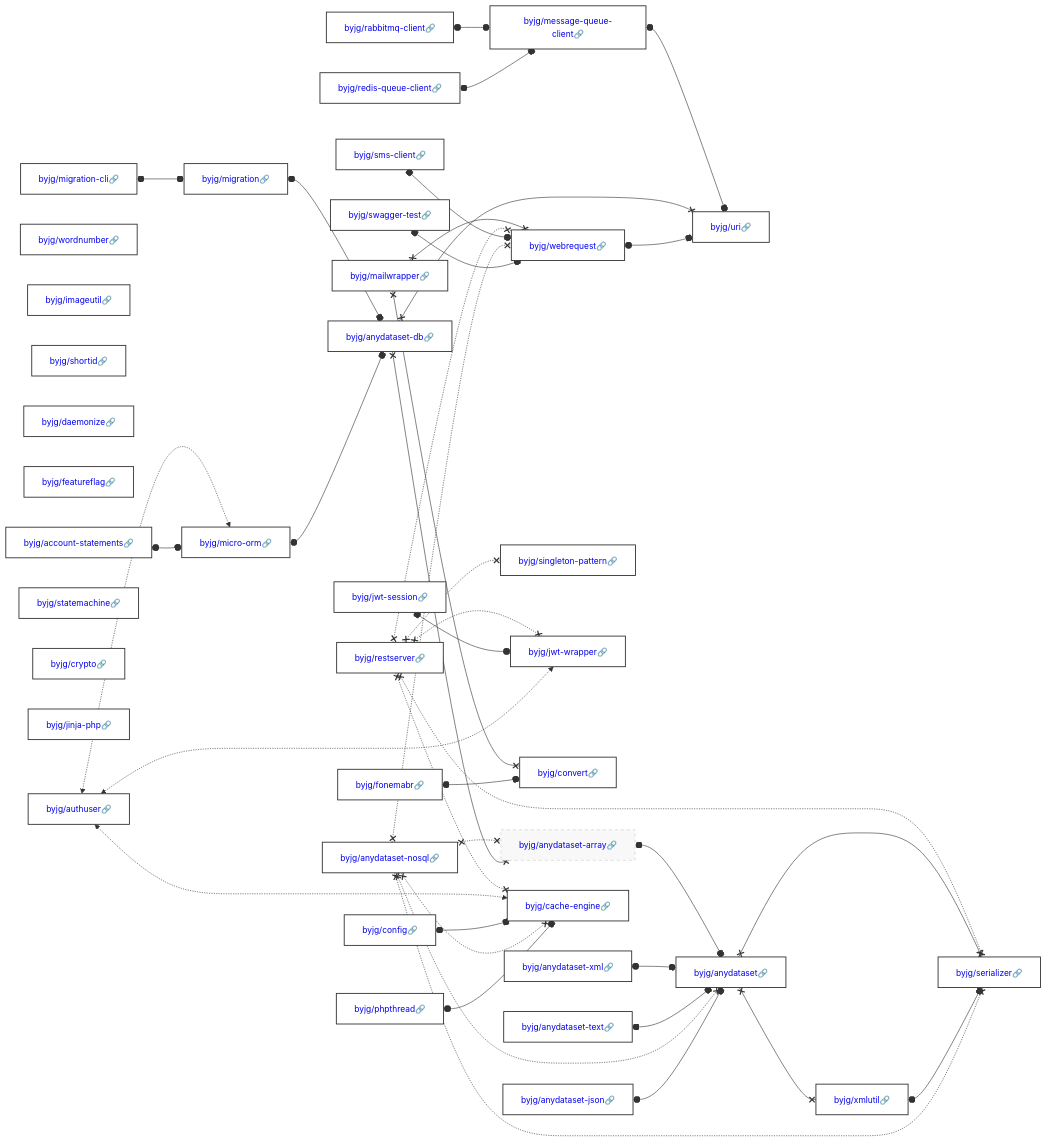
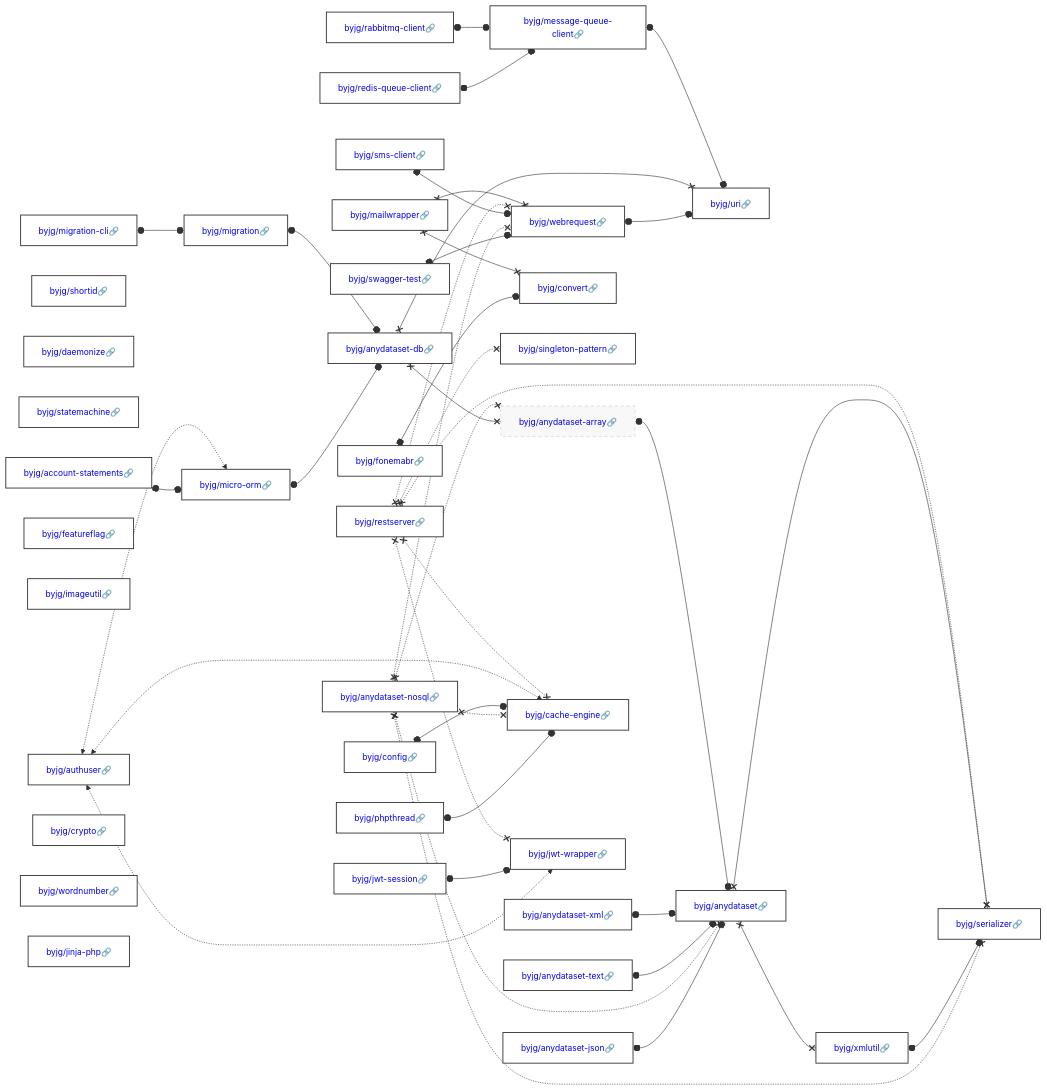
The diagram in docs/php/README.md (byjg/byjg.github.io), drawn with Mermaid before and after one commit. The commit also changed other lines of this file, not shown here.

Commit message:
Update documentation 'php' 'php-rabbitmq-client'

````diff
--- a/docs/php/README.md
+++ b/docs/php/README.md
@@ -3,38 +3,38 @@
 ```mermaid
 graph LR;
-  byjg/redis-queue-client[<a href='https://opensource.byjg.com/docs/php/redis-queue-client' style='text-decoration:none'>byjg/redis-queue-client🔗</a>];
+  byjg/fonemabr[<a href='https://opensource.byjg.com/docs/php/fonemabr' style='text-decoration:none'>byjg/fonemabr🔗</a>];
+  byjg/rabbitmq-client[<a href='https://opensource.byjg.com/docs/php/rabbitmq-client' style='text-decoration:none'>byjg/rabbitmq-client🔗</a>];
+  byjg/mailwrapper[<a href='https://opensource.byjg.com/docs/php/mailwrapper' style='text-decoration:none'>byjg/mailwrapper🔗</a>];
   byjg/anydataset-xml[<a href='https://opensource.byjg.com/docs/php/anydataset-xml' style='text-decoration:none'>byjg/anydataset-xml🔗</a>];
-  byjg/phpthread[<a href='https://opensource.byjg.com/docs/php/phpthread' style='text-decoration:none'>byjg/phpthread🔗</a>];
-  byjg/anydataset-text[<a href='https://opensource.byjg.com/docs/php/anydataset-text' style='text-decoration:none'>byjg/anydataset-text🔗</a>];
+  byjg/swagger-test[<a href='https://opensource.byjg.com/docs/php/swagger-test' style='text-decoration:none'>byjg/swagger-test🔗</a>];
+  byjg/config[<a href='https://opensource.byjg.com/docs/php/config' style='text-decoration:none'>byjg/config🔗</a>];
+  byjg/jwt-session[<a href='https://opensource.byjg.com/docs/php/jwt-session' style='text-decoration:none'>byjg/jwt-session🔗</a>];
+  byjg/migration-cli[<a href='https://opensource.byjg.com/docs/php/migration-cli' style='text-decoration:none'>byjg/migration-cli🔗</a>];
+  byjg/restserver[<a href='https://opensource.byjg.com/docs/php/restserver' style='text-decoration:none'>byjg/restserver🔗</a>];
+  byjg/shortid[<a href='https://opensource.byjg.com/docs/php/shortid' style='text-decoration:none'>byjg/shortid🔗</a>];
+  byjg/daemonize[<a href='https://opensource.byjg.com/docs/php/daemonize' style='text-decoration:none'>byjg/daemonize🔗</a>];
+  byjg/statemachine[<a href='https://opensource.byjg.com/docs/php/statemachine' style='text-decoration:none'>byjg/statemachine🔗</a>];
   byjg/account-statements[<a href='https://opensource.byjg.com/docs/php/account-statements' style='text-decoration:none'>byjg/account-statements🔗</a>];
   byjg/sms-client[<a href='https://opensource.byjg.com/docs/php/sms-client' style='text-decoration:none'>byjg/sms-client🔗</a>];
-  byjg/mailwrapper[<a href='https://opensource.byjg.com/docs/php/mailwrapper' style='text-decoration:none'>byjg/mailwrapper🔗</a>];
-  byjg/config[<a href='https://opensource.byjg.com/docs/php/config' style='text-decoration:none'>byjg/config🔗</a>];
-  byjg/wordnumber[<a href='https://opensource.byjg.com/docs/php/wordnumber' style='text-decoration:none'>byjg/wordnumber🔗</a>];
+  byjg/phpthread[<a href='https://opensource.byjg.com/docs/php/phpthread' style='text-decoration:none'>byjg/phpthread🔗</a>];
+  byjg/featureflag[<a href='https://opensource.byjg.com/docs/php/featureflag' style='text-decoration:none'>byjg/featureflag🔗</a>];
+  byjg/anydataset-nosql[<a href='https://opensource.byjg.com/docs/php/anydataset-nosql' style='text-decoration:none'>byjg/anydataset-nosql🔗</a>];
   byjg/anydataset-json[<a href='https://opensource.byjg.com/docs/php/anydataset-json' style='text-decoration:none'>byjg/anydataset-json🔗</a>];
   byjg/imageutil[<a href='https://opensource.byjg.com/docs/php/imageutil' style='text-decoration:none'>byjg/imageutil🔗</a>];
-  byjg/shortid[<a href='https://opensource.byjg.com/docs/php/shortid' style='text-decoration:none'>byjg/shortid🔗</a>];
-  byjg/daemonize[<a href='https://opensource.byjg.com/docs/php/daemonize' style='text-decoration:none'>byjg/daemonize🔗</a>];
-  byjg/featureflag[<a href='https://opensource.byjg.com/docs/php/featureflag' style='text-decoration:none'>byjg/featureflag🔗</a>];
+  byjg/redis-queue-client[<a href='https://opensource.byjg.com/docs/php/redis-queue-client' style='text-decoration:none'>byjg/redis-queue-client🔗</a>];
   byjg/authuser[<a href='https://opensource.byjg.com/docs/php/authuser' style='text-decoration:none'>byjg/authuser🔗</a>];
-  byjg/statemachine[<a href='https://opensource.byjg.com/docs/php/statemachine' style='text-decoration:none'>byjg/statemachine🔗</a>];
-  byjg/restserver[<a href='https://opensource.byjg.com/docs/php/restserver' style='text-decoration:none'>byjg/restserver🔗</a>];
-  byjg/swagger-test[<a href='https://opensource.byjg.com/docs/php/swagger-test' style='text-decoration:none'>byjg/swagger-test🔗</a>];
-  byjg/jwt-session[<a href='https://opensource.byjg.com/docs/php/jwt-session' style='text-decoration:none'>byjg/jwt-session🔗</a>];
-  byjg/fonemabr[<a href='https://opensource.byjg.com/docs/php/fonemabr' style='text-decoration:none'>byjg/fonemabr🔗</a>];
   byjg/crypto[<a href='https://opensource.byjg.com/docs/php/crypto' style='text-decoration:none'>byjg/crypto🔗</a>];
+  byjg/wordnumber[<a href='https://opensource.byjg.com/docs/php/wordnumber' style='text-decoration:none'>byjg/wordnumber🔗</a>];
+  byjg/anydataset-text[<a href='https://opensource.byjg.com/docs/php/anydataset-text' style='text-decoration:none'>byjg/anydataset-text🔗</a>];
   byjg/jinja-php[<a href='https://opensource.byjg.com/docs/php/jinja-php' style='text-decoration:none'>byjg/jinja-php🔗</a>];
-  byjg/rabbitmq-client[<a href='https://opensource.byjg.com/docs/php/rabbitmq-client' style='text-decoration:none'>byjg/rabbitmq-client🔗</a>];
-  byjg/anydataset-nosql[<a href='https://opensource.byjg.com/docs/php/anydataset-nosql' style='text-decoration:none'>byjg/anydataset-nosql🔗</a>];
-  byjg/migration-cli[<a href='https://opensource.byjg.com/docs/php/migration-cli' style='text-decoration:none'>byjg/migration-cli🔗</a>];
+  byjg/convert[<a href='https://opensource.byjg.com/docs/php/convert' style='text-decoration:none'>byjg/convert🔗</a>];
+  byjg/migration[<a href='https://opensource.byjg.com/docs/php/migration' style='text-decoration:none'>byjg/migration🔗</a>];
+  byjg/singleton-pattern[<a href='https://opensource.byjg.com/docs/php/singleton-pattern' style='text-decoration:none'>byjg/singleton-pattern🔗</a>];
+  byjg/webrequest[<a href='https://opensource.byjg.com/docs/php/webrequest' style='text-decoration:none'>byjg/webrequest🔗</a>];
+  byjg/message-queue-client[<a href='https://opensource.byjg.com/docs/php/message-queue-client' style='text-decoration:none'>byjg/message-queue-client🔗</a>];
   byjg/micro-orm[<a href='https://opensource.byjg.com/docs/php/micro-orm' style='text-decoration:none'>byjg/micro-orm🔗</a>];
-  byjg/singleton-pattern[<a href='https://opensource.byjg.com/docs/php/singleton-pattern' style='text-decoration:none'>byjg/singleton-pattern🔗</a>];
+  byjg/cache-engine[<a href='https://opensource.byjg.com/docs/php/cache-engine' style='text-decoration:none'>byjg/cache-engine🔗</a>];
   byjg/jwt-wrapper[<a href='https://opensource.byjg.com/docs/php/jwt-wrapper' style='text-decoration:none'>byjg/jwt-wrapper🔗</a>];
-  byjg/convert[<a href='https://opensource.byjg.com/docs/php/convert' style='text-decoration:none'>byjg/convert🔗</a>];
-  byjg/message-queue-client[<a href='https://opensource.byjg.com/docs/php/message-queue-client' style='text-decoration:none'>byjg/message-queue-client🔗</a>];
-  byjg/webrequest[<a href='https://opensource.byjg.com/docs/php/webrequest' style='text-decoration:none'>byjg/webrequest🔗</a>];
-  byjg/cache-engine[<a href='https://opensource.byjg.com/docs/php/cache-engine' style='text-decoration:none'>byjg/cache-engine🔗</a>];
-  byjg/migration[<a href='https://opensource.byjg.com/docs/php/migration' style='text-decoration:none'>byjg/migration🔗</a>];
   byjg/anydataset-db[<a href='https://opensource.byjg.com/docs/php/anydataset-db' style='text-decoration:none'>byjg/anydataset-db🔗</a>];
   byjg/anydataset-array[<a href='https://opensource.byjg.com/docs/php/anydataset-array' style='text-decoration:none'>byjg/anydataset-array🔗</a>];
   byjg/uri[<a href='https://opensource.byjg.com/docs/php/uri' style='text-decoration:none'>byjg/uri🔗</a>];
````
